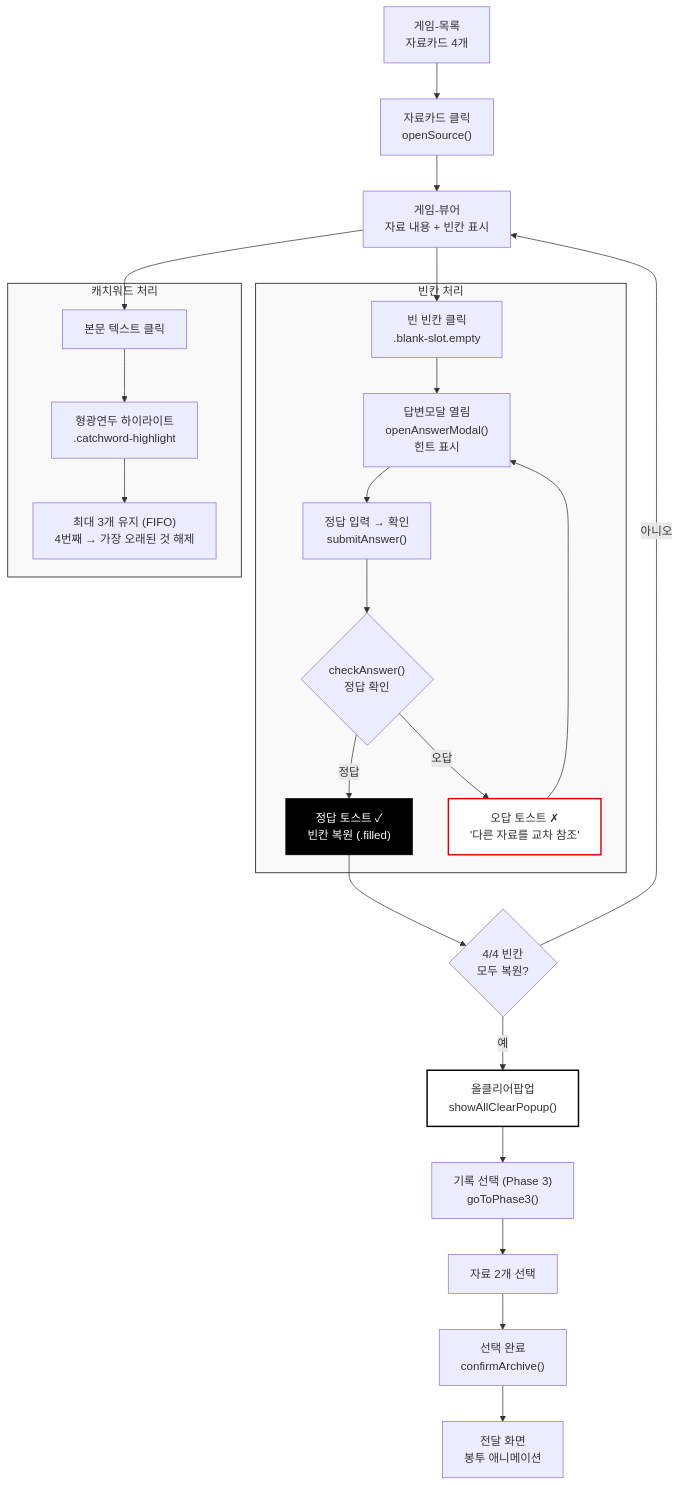
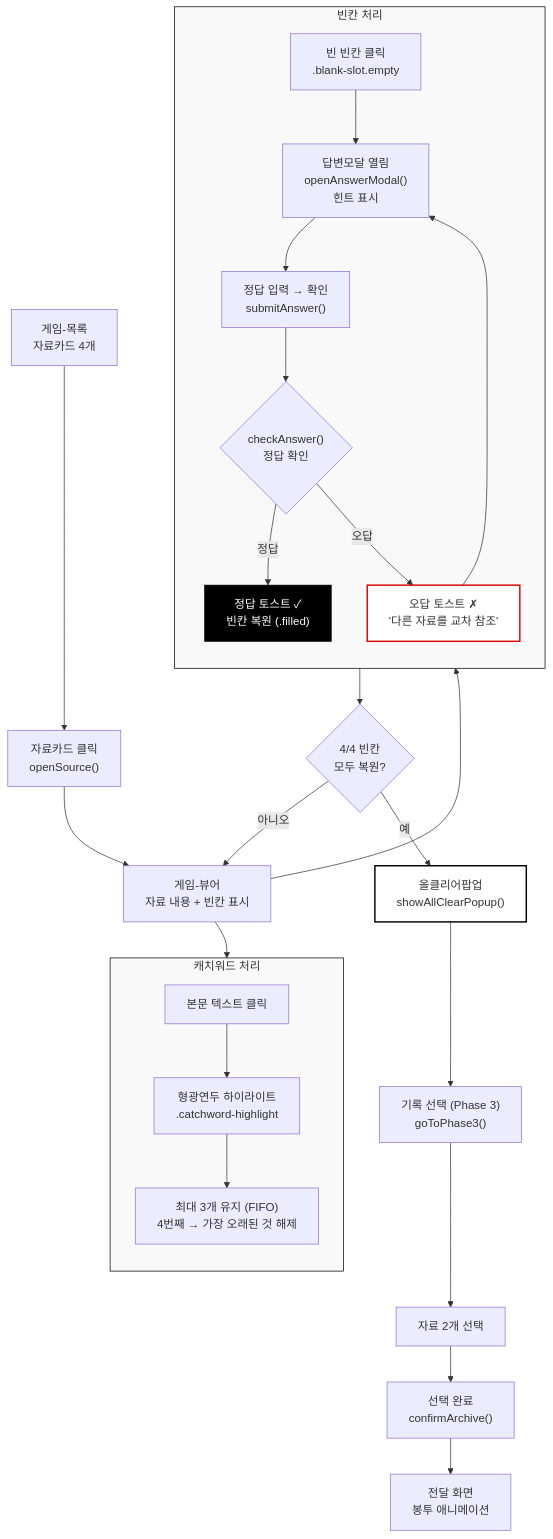
Before and after one commit to mice3nyc/ari_gitrepo_1: the third of 3 diagrams in DMZ/docs/ARCHITECTURE.md, drawn with Mermaid. The commit also changed other lines of this file and 2 other files, not shown here.

Commit message:
DMZ 잔여 정리 — UI-MAP 신설 + ARCHITECTURE mermaid 정리 + gitignore 패턴 정정
- DMZ/UI-MAP.md 신설 (피터공↔아리공↔아리온 네이밍 규칙)
- DMZ/docs/ARCHITECTURE.md mermaid 다이어그램 패딩 노드 추가
- DMZ_v5/.gitignore 패턴 정정 (절대경로식 → 폴더 상대) + __pycache__·*.pyc 추가

````diff
--- a/DMZ/docs/ARCHITECTURE.md
+++ b/DMZ/docs/ARCHITECTURE.md
@@ -122,55 +133,66 @@
 ```mermaid
 flowchart TD
     Start["게임-목록<br>자료카드 4개"]
     OpenSource["자료카드 클릭<br>openSource()"]
     Viewer["게임-뷰어<br>자료 내용 + 빈칸 표시"]
 
     subgraph 빈칸_처리 ["빈칸 처리"]
+        direction TB
         ClickBlank["빈 빈칸 클릭<br>.blank-slot.empty"]
         Modal["답변모달 열림<br>openAnswerModal()<br>힌트 표시"]
         Submit["정답 입력 → 확인<br>submitAnswer()"]
         Check{"checkAnswer()<br>정답 확인"}
         Correct["정답 토스트 ✓<br>빈칸 복원 (.filled)"]
         Wrong["오답 토스트 ✗<br>'다른 자료를 교차 참조'"]
     end
 
     subgraph 캐치워드 ["캐치워드 처리"]
+        direction TB
         ClickText["본문 텍스트 클릭"]
         Highlight["형광연두 하이라이트<br>.catchword-highlight"]
         FIFO["최대 3개 유지 (FIFO)<br>4번째 → 가장 오래된 것 해제"]
     end
 
     AllClear{"4/4 빈칸<br>모두 복원?"}
     Popup["올클리어팝업<br>showAllClearPopup()"]
     Phase3["기록 선택 (Phase 3)<br>goToPhase3()"]
     SelectTwo["자료 2개 선택"]
     Confirm["선택 완료<br>confirmArchive()"]
     Delivery["전달 화면<br>봉투 애니메이션"]
 
+    %% 패딩용 투명 노드
+    pad3[ ]:::hidden
+
     Start --> OpenSource
     OpenSource --> Viewer
+
+    %% 빈칸 처리를 좌측, 캐치워드를 우측에 대칭 배치
     Viewer --> ClickBlank
     Viewer --> ClickText
+    Viewer ~~~ pad3
+
     ClickBlank --> Modal
     Modal --> Submit
     Submit --> Check
     Check -->|정답| Correct
     Check -->|오답| Wrong
     Wrong --> Modal
+
+    ClickText --> Highlight
+    Highlight --> FIFO
+
     Correct --> AllClear
     AllClear -->|아니오| Viewer
     AllClear -->|예| Popup
     Popup --> Phase3
     Phase3 --> SelectTwo
     SelectTwo --> Confirm
     Confirm --> Delivery
 
-    ClickText --> Highlight
-    Highlight --> FIFO
-
+    classDef hidden display:none
     style 빈칸_처리 fill:#f9f9f9,stroke:#000,stroke-width:1px
     style 캐치워드 fill:#f9f9f9,stroke:#000,stroke-width:1px
     style Correct fill:#000,color:#fff,stroke:#000
     style Wrong fill:#fff,stroke:#d00,stroke-width:2px
     style Popup fill:#fff,stroke:#000,stroke-width:2px
 ```
````
